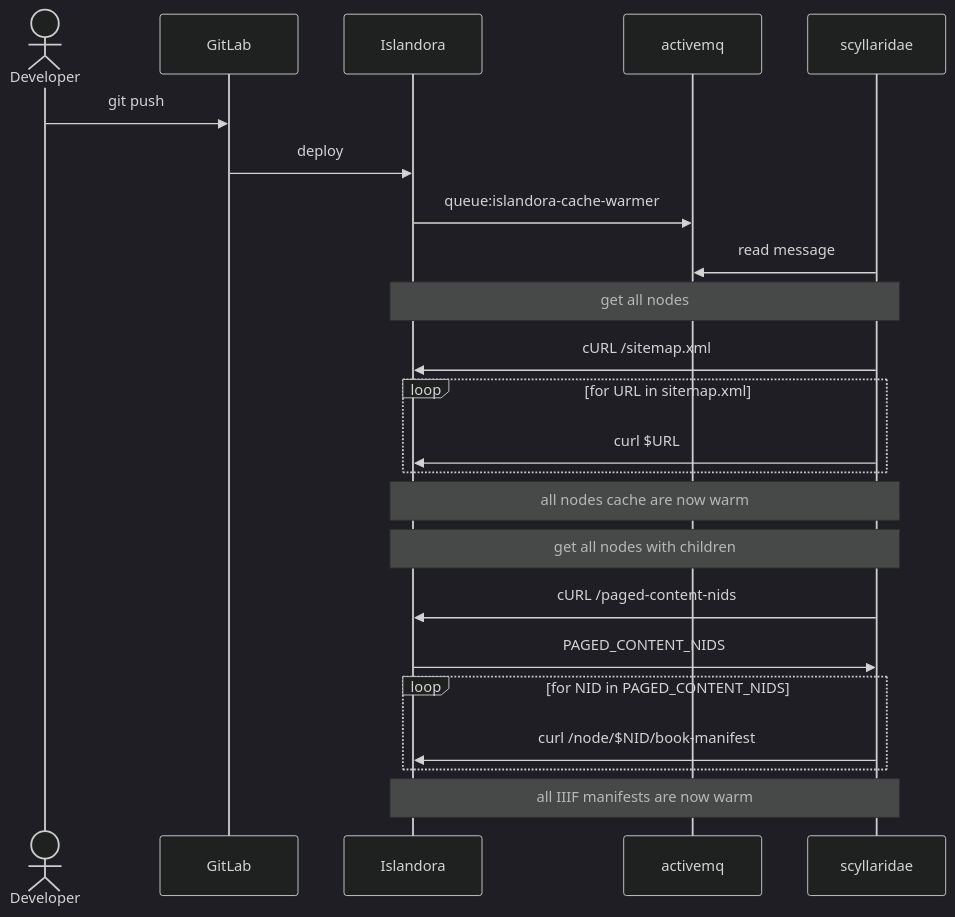
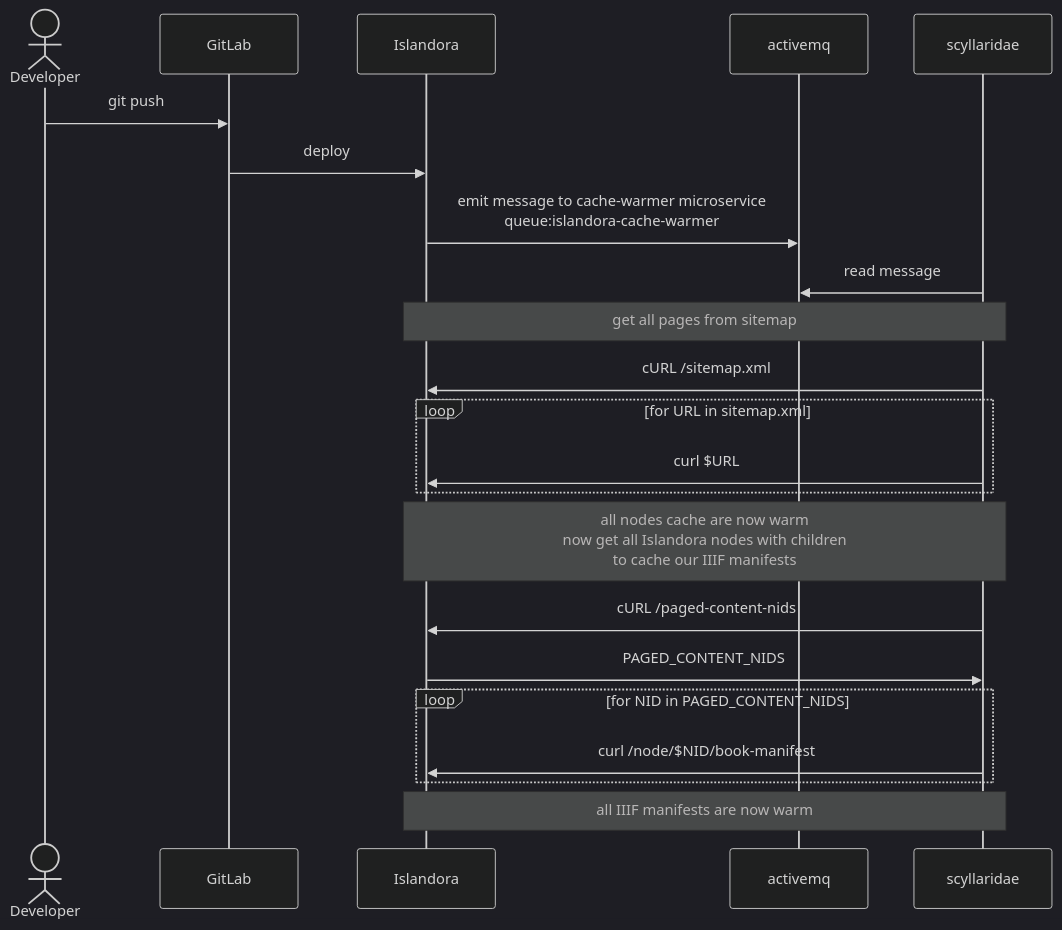
The first of 2 diagrams in examples/cache-warmer/README.md (Islandora/scyllaridae), drawn with Mermaid (dark theme) before and after one commit. The commit also changed other lines of this file, not shown here.

````diff
--- a/examples/cache-warmer/README.md
+++ b/examples/cache-warmer/README.md
@@ -38,22 +19,20 @@
 ```mermaid
 sequenceDiagram
     actor Developer
     Developer->>GitLab: git push
     GitLab->>Islandora: deploy
-    Islandora->>activemq: queue:islandora-cache-warmer
+    Islandora->>activemq: emit message to cache-warmer microservice<br>queue:islandora-cache-warmer
     scyllaridae->>activemq: read message
-    note over scyllaridae,Islandora: get all nodes
+    note over scyllaridae,Islandora: get all pages from sitemap
     scyllaridae->>Islandora: cURL /sitemap.xml
     loop for URL in sitemap.xml
       scyllaridae->>Islandora: curl $URL
     end
-    note over scyllaridae,Islandora: all nodes cache are now warm
-
-    note over scyllaridae,Islandora: get all nodes with children
+    note over scyllaridae,Islandora: all nodes cache are now warm<br>now get all Islandora nodes with children<br>to cache our IIIF manifests
     scyllaridae->>Islandora: cURL /paged-content-nids
       Islandora->>scyllaridae: PAGED_CONTENT_NIDS
     loop for NID in PAGED_CONTENT_NIDS
       scyllaridae->>Islandora: curl /node/$NID/book-manifest
     end
     note over scyllaridae,Islandora: all IIIF manifests are now warm
 ```
````
